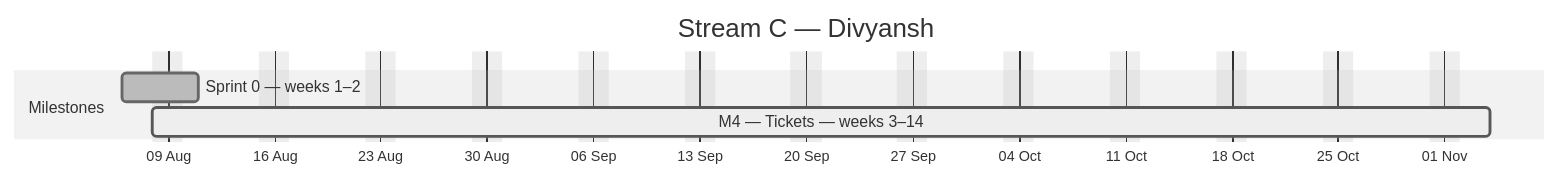
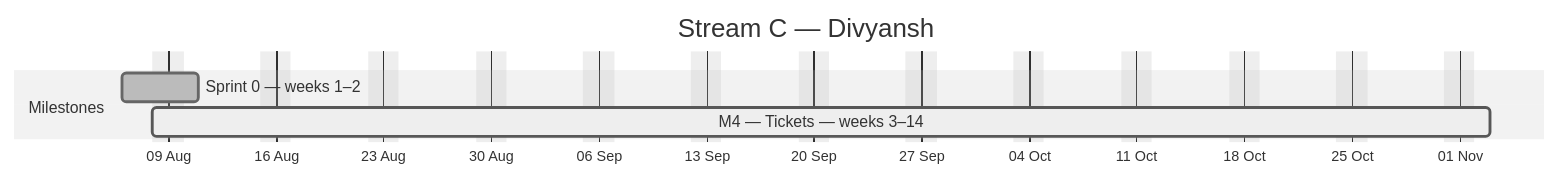
The third of 4 diagrams in docs/plan/GANTT.md (debashisedunext/EduTrack), drawn with Mermaid (neutral theme) before and after one commit. The commit also changed other lines of this file and 2 other files, not shown here.

````diff
--- a/docs/plan/GANTT.md
+++ b/docs/plan/GANTT.md
@@ -144,10 +144,10 @@
 ```mermaid
 gantt
     dateFormat YYYY-MM-DD
     axisFormat %d %b
     title Stream C — Divyansh
     excludes weekends
     section Milestones
     Sprint 0 — weeks 1–2 :done, c0, 2026-08-06, 3d
-    M4 — Tickets — weeks 3–14 :active, c1, 2026-08-08, 63d
+    M4 — Tickets — weeks 3–14 :active, c1, 2026-08-08, 62d
 ```
````
